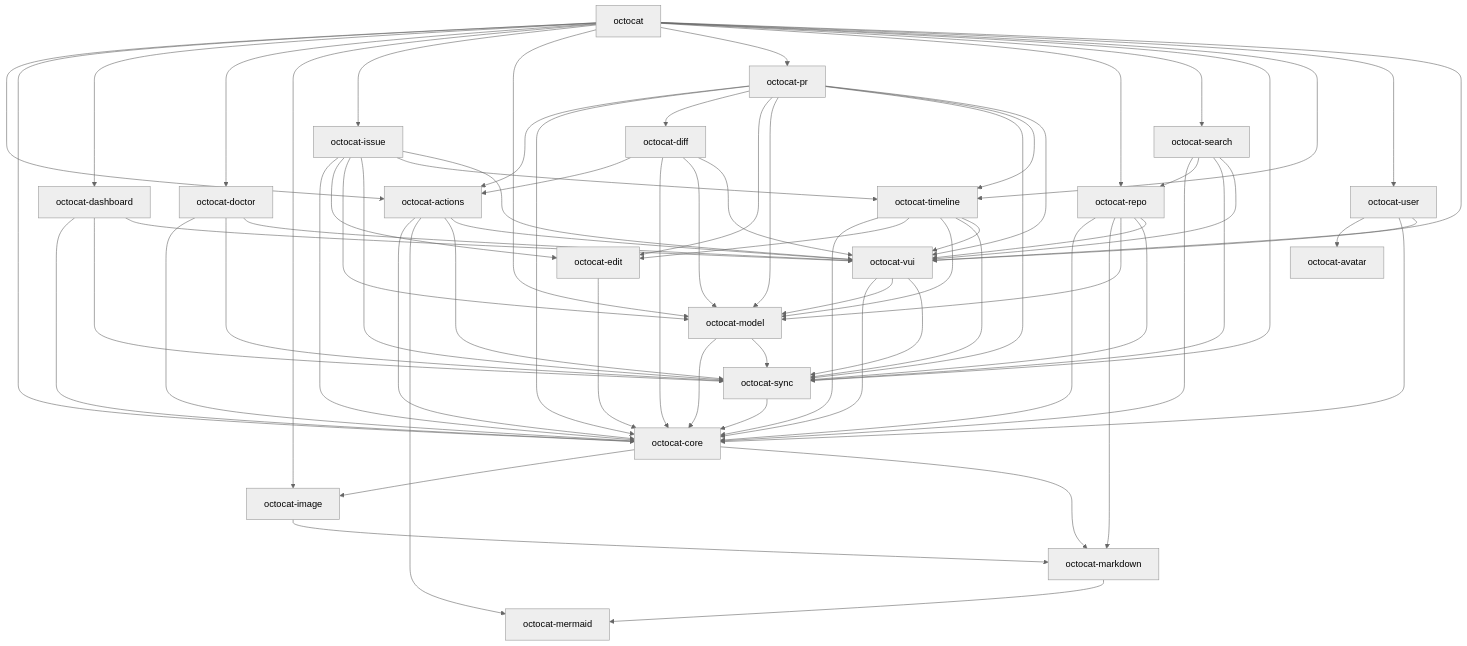
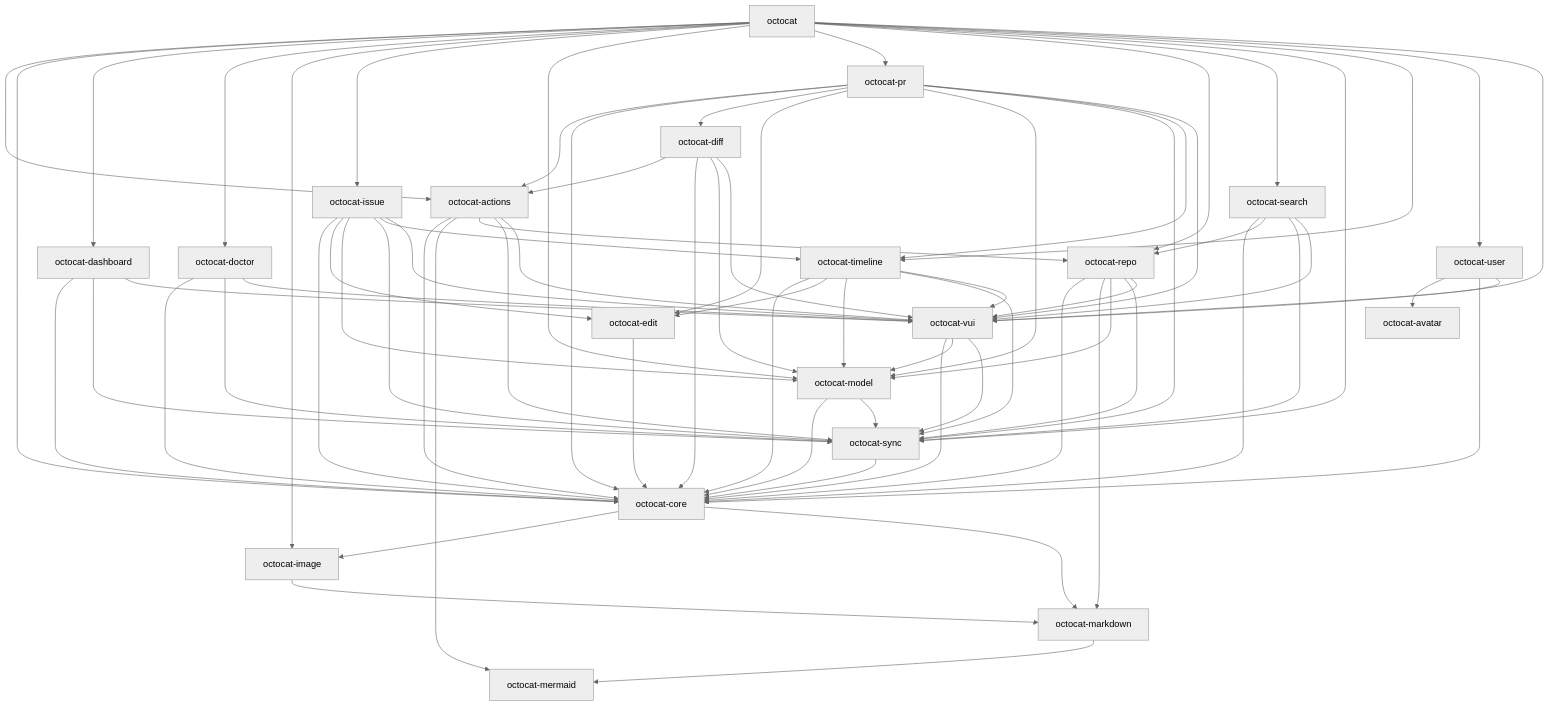
The first of 2 diagrams in docs/architecture.md (razzmatazz/octocat.el), drawn with Mermaid (neutral theme) before and after one commit. The commit also changed other lines of this file and 5 other files, not shown here.

First line of the commit message:
Move the branch picker into octocat-repo

```diff
--- a/docs/architecture.md
+++ b/docs/architecture.md
@@ -94,6 +94,7 @@
   octocat[octocat]
   octocat_actions --> octocat_core
   octocat_actions --> octocat_mermaid
+  octocat_actions --> octocat_repo
   octocat_actions --> octocat_sync
   octocat_actions --> octocat_vui
   octocat_core --> octocat_image
```
